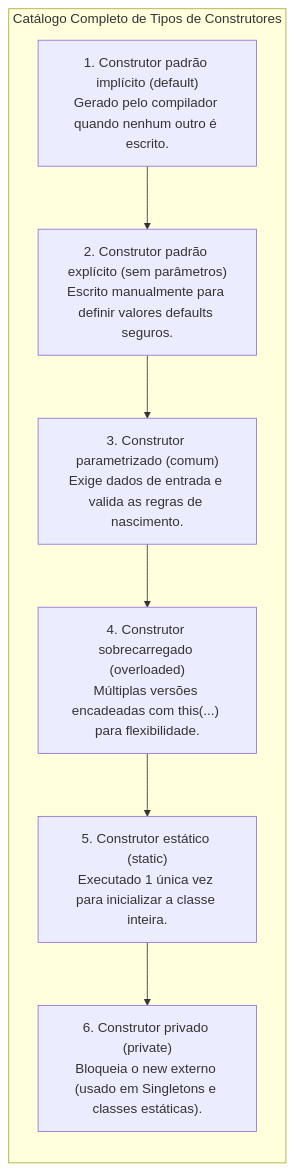
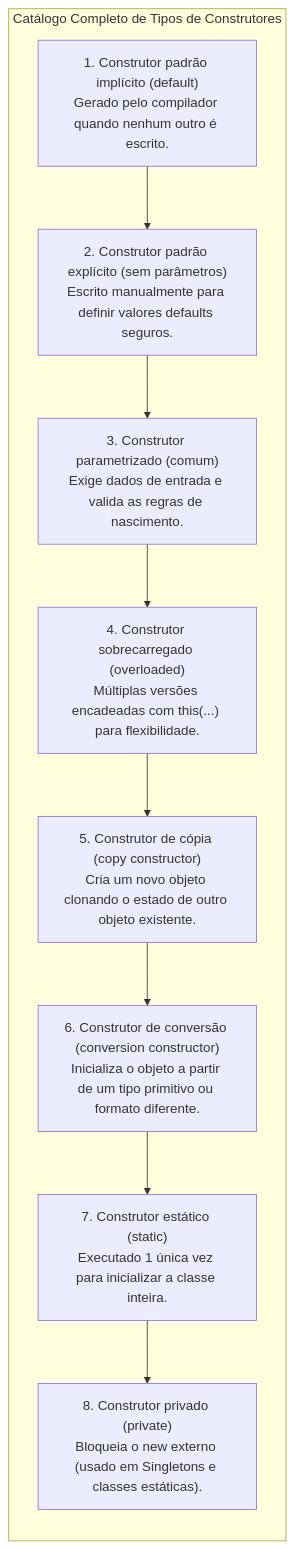
One commit to leorruas/puc changed the fourth of 8 diagrams in 01. Programacao Modular/08. Construtores (inicialização, sobrecarga e garantia de invariantes).md. Above: the diagram before and after it, drawn with Mermaid. The commit also changed other lines of this file, not shown here.

Commit message:
docs(pm): adiciona explicacao completa, analogias de Feynman e snippets atomicos sobre Construtor de Copia e Construtor de Conversao no artigo 08

````diff
--- a/01. Programacao Modular/08. Construtores (inicialização, sobrecarga e garantia de invariantes).md
+++ b/01. Programacao Modular/08. Construtores (inicialização, sobrecarga e garantia de invariantes).md
@@ -111,18 +111,22 @@
 ```mermaid
 flowchart TD
     subgraph Catalogo ["Catálogo Completo de Tipos de Construtores"]
         direction TB
         T1["1. Construtor padrão implícito (default)<br>Gerado pelo compilador quando nenhum outro é escrito."]
         T2["2. Construtor padrão explícito (sem parâmetros)<br>Escrito manualmente para definir valores defaults seguros."]
         T3["3. Construtor parametrizado (comum)<br>Exige dados de entrada e valida as regras de nascimento."]
         T4["4. Construtor sobrecarregado (overloaded)<br>Múltiplas versões encadeadas com this(...) para flexibilidade."]
-        T5["5. Construtor estático (static)<br>Executado 1 única vez para inicializar a classe inteira."]
-        T6["6. Construtor privado (private)<br>Bloqueia o new externo (usado em Singletons e classes estáticas)."]
+        T5["5. Construtor de cópia (copy constructor)<br>Cria um novo objeto clonando o estado de outro objeto existente."]
+        T6["6. Construtor de conversão (conversion constructor)<br>Inicializa o objeto a partir de um tipo primitivo ou formato diferente."]
+        T7["7. Construtor estático (static)<br>Executado 1 única vez para inicializar a classe inteira."]
+        T8["8. Construtor privado (private)<br>Bloqueia o new externo (usado em Singletons e classes estáticas)."]
 
         T1 --> T2
         T2 --> T3
         T3 --> T4
         T4 --> T5
         T5 --> T6
+        T6 --> T7
+        T7 --> T8
     end
 ```
````
